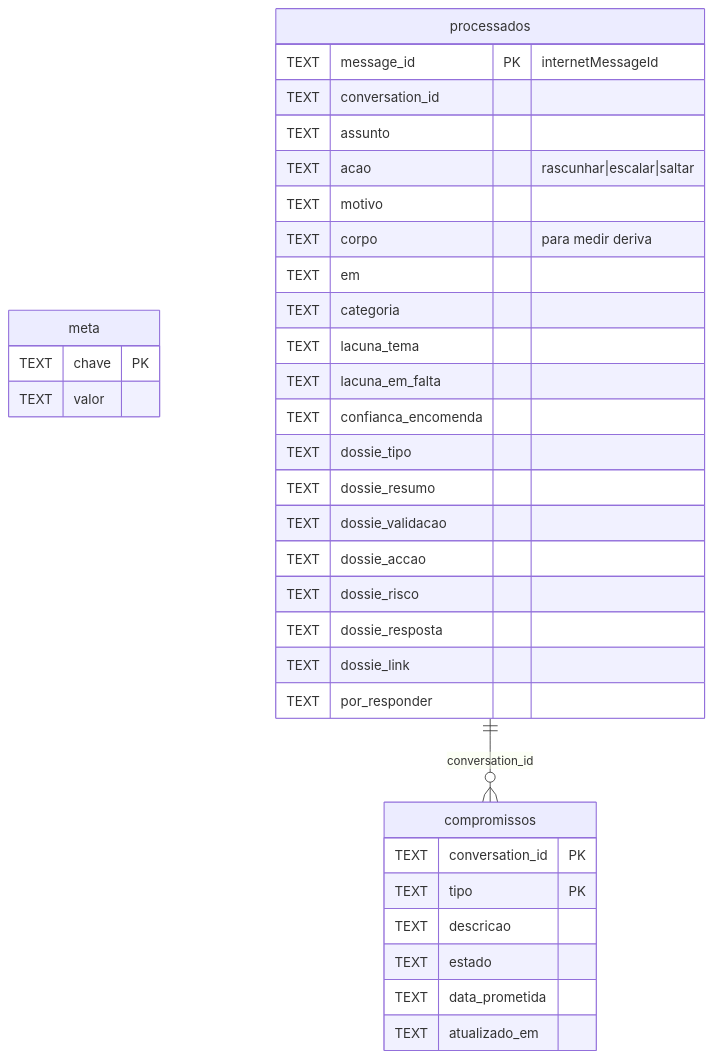
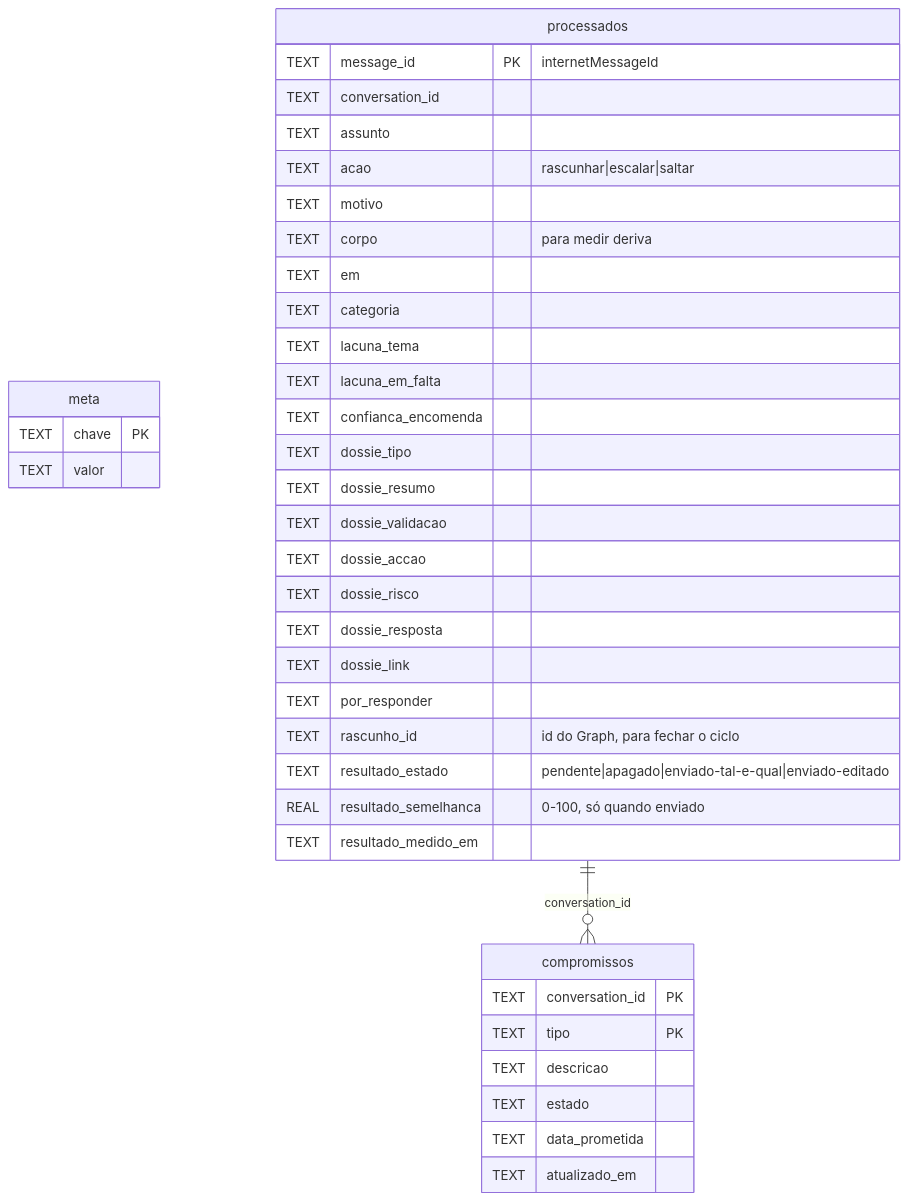
One commit to joaocarvalhini/Outlook-Reply-Assistant changed the third of 5 diagrams in docs/02-architecture/data-flow.md. Above: the diagram before and after it, drawn with Mermaid. The commit also changed other lines of this file and 18 other files, not shown here.

````diff
--- a/docs/02-architecture/data-flow.md
+++ b/docs/02-architecture/data-flow.md
@@ -111,37 +111,41 @@
 ```mermaid
 erDiagram
     meta {
         TEXT chave PK
         TEXT valor
     }
     processados {
         TEXT message_id PK "internetMessageId"
         TEXT conversation_id
         TEXT assunto
         TEXT acao "rascunhar|escalar|saltar"
         TEXT motivo
         TEXT corpo "para medir deriva"
         TEXT em
         TEXT categoria
         TEXT lacuna_tema
         TEXT lacuna_em_falta
         TEXT confianca_encomenda
         TEXT dossie_tipo
         TEXT dossie_resumo
         TEXT dossie_validacao
         TEXT dossie_accao
         TEXT dossie_risco
         TEXT dossie_resposta
         TEXT dossie_link
         TEXT por_responder
+        TEXT rascunho_id "id do Graph, para fechar o ciclo"
+        TEXT resultado_estado "pendente|apagado|enviado-tal-e-qual|enviado-editado"
+        REAL resultado_semelhanca "0-100, só quando enviado"
+        TEXT resultado_medido_em
     }
     compromissos {
         TEXT conversation_id PK
         TEXT tipo PK
         TEXT descricao
         TEXT estado
         TEXT data_prometida
         TEXT atualizado_em
     }
     processados ||--o{ compromissos : "conversation_id"
 ```
````
